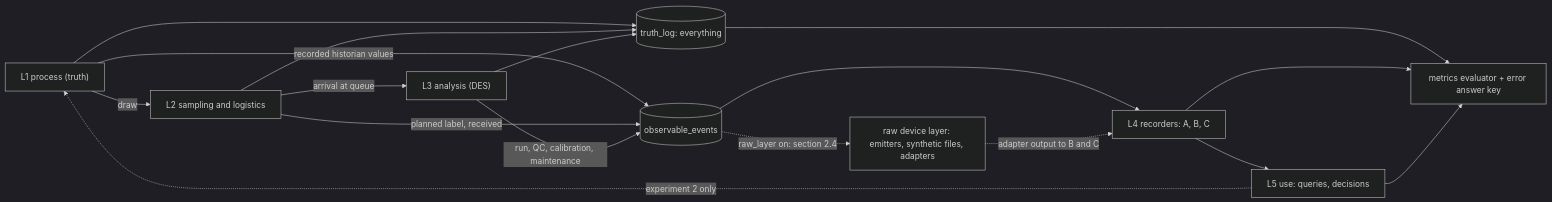
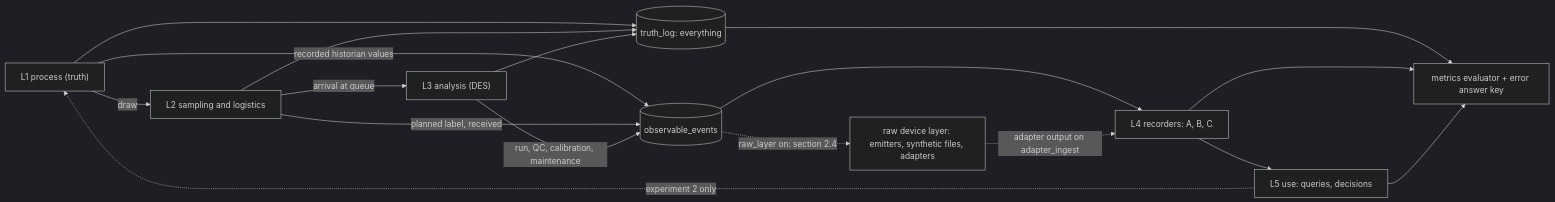
One commit to jin-wolee/LS_Bioprocess changed the first of 6 diagrams in docs/design/simulation_spec.md. Above: the diagram before and after it, drawn with Mermaid (dark theme). The commit also changed other lines of this file and 4 other files, not shown here.

First line of the commit message:
docs(design): capture_path setting — manual transcription vs adapter ingest

````diff
--- a/docs/design/simulation_spec.md
+++ b/docs/design/simulation_spec.md
@@ -23,19 +23,19 @@
 ```mermaid
 flowchart LR
   L1["L1 process (truth)"] -->|draw| L2["L2 sampling and logistics"]
   L2 -->|arrival at queue| L3["L3 analysis (DES)"]
   L1 --> TL[("truth_log: everything")]
   L2 --> TL
   L3 --> TL
   L1 -->|recorded historian values| OE[("observable_events")]
   L2 -->|planned label, received| OE
   L3 -->|run, QC, calibration, maintenance| OE
   OE --> L4["L4 recorders: A, B, C"]
   OE -. "raw_layer on: section 2.4" .-> RAW["raw device layer: emitters, synthetic files, adapters"]
-  RAW -. "adapter output to B and C" .-> L4
+  RAW -. "adapter output on adapter_ingest" .-> L4
   L4 --> L5["L5 use: queries, decisions"]
   L5 -. "experiment 2 only" .-> L1
   TL --> EV["metrics evaluator + error answer key"]
   L4 --> EV
   L5 --> EV
 ```
````
